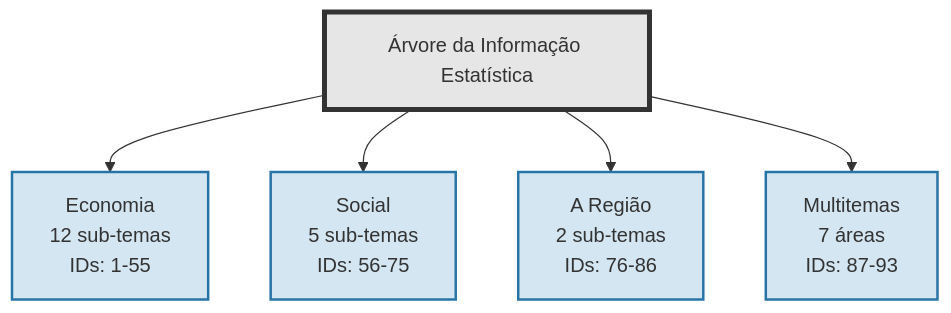
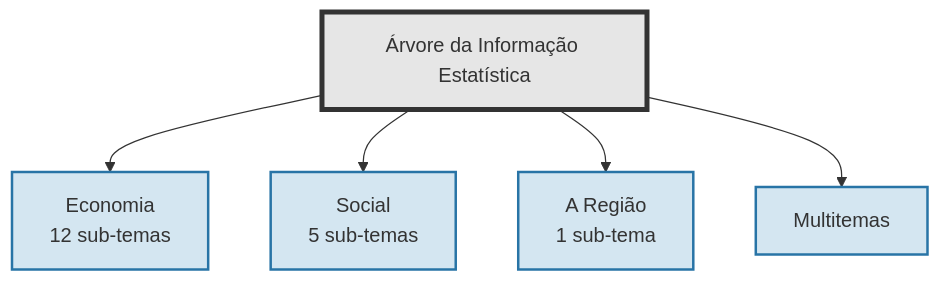
The diagram in docs/tree_diagram_principal.md (joaomendes-ine/drem_dw_db), drawn with Mermaid before and after one commit. The commit also changed 4 other files, not shown here.

Commit message:
Adição das imagens em .png para cada diagrama

````diff
--- a/docs/tree_diagram_principal.md
+++ b/docs/tree_diagram_principal.md
@@ -1,21 +1,21 @@
 ```mermaid
 graph TD
-    Root[Árvore da Informação Estatística] --> E[Economia<br>12 sub-temas<br>IDs: 1-55]
-    Root --> S[Social<br>5 sub-temas<br>IDs: 56-75]
-    Root --> R[A Região<br>2 sub-temas<br>IDs: 76-86]
-    Root --> M[Multitemas<br>7 áreas<br>IDs: 87-93]
+    Root[Árvore da Informação Estatística] --> E[Economia<br>12 sub-temas]
+    Root --> S[Social<br>5 sub-temas]
+    Root --> R[A Região<br>1 sub-tema]
+    Root --> M[Multitemas]
 
     %% Styling
     classDef default fill:#f9f9f9,stroke:#333,stroke-width:1px
     classDef root fill:#e6e6e6,stroke:#333,stroke-width:4px
     classDef tema fill:#d4e6f1,stroke:#2874a6,stroke-width:2px
     
     class Root root
     class E,S,R,M tema
 
     %% Links
     click E "https://github.com/joaomendes-ine/drem_dw_db/blob/main/docs/tree_diagram_economia.md"
     click S "https://github.com/joaomendes-ine/drem_dw_db/blob/main/docs/tree_diagram_social.md"
     click R "https://github.com/joaomendes-ine/drem_dw_db/blob/main/docs/tree_diagram_regiao.md"
     click M "https://github.com/joaomendes-ine/drem_dw_db/blob/main/docs/tree_diagram_multitemas.md"
 ```
````
